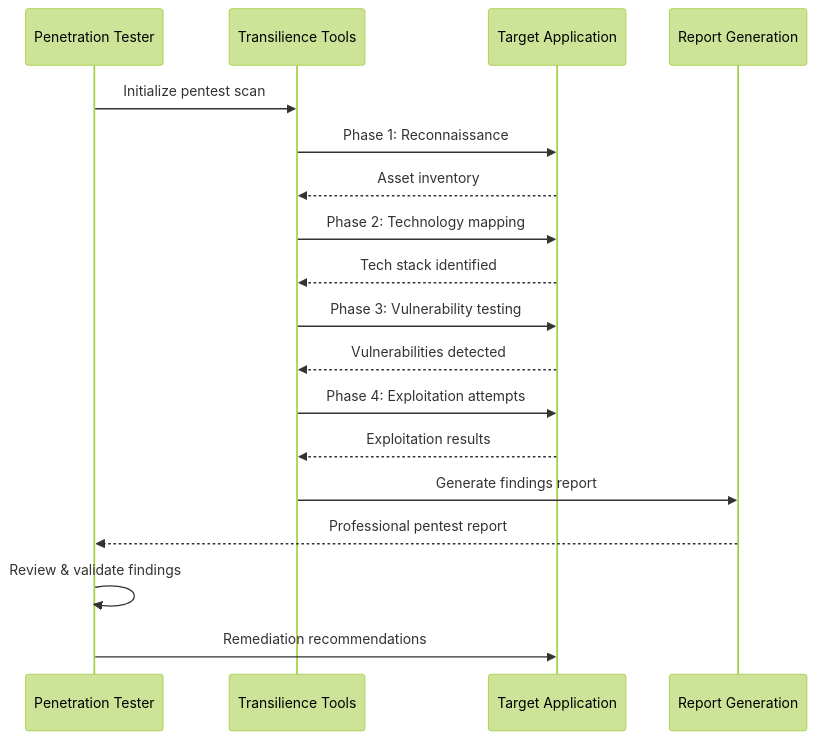
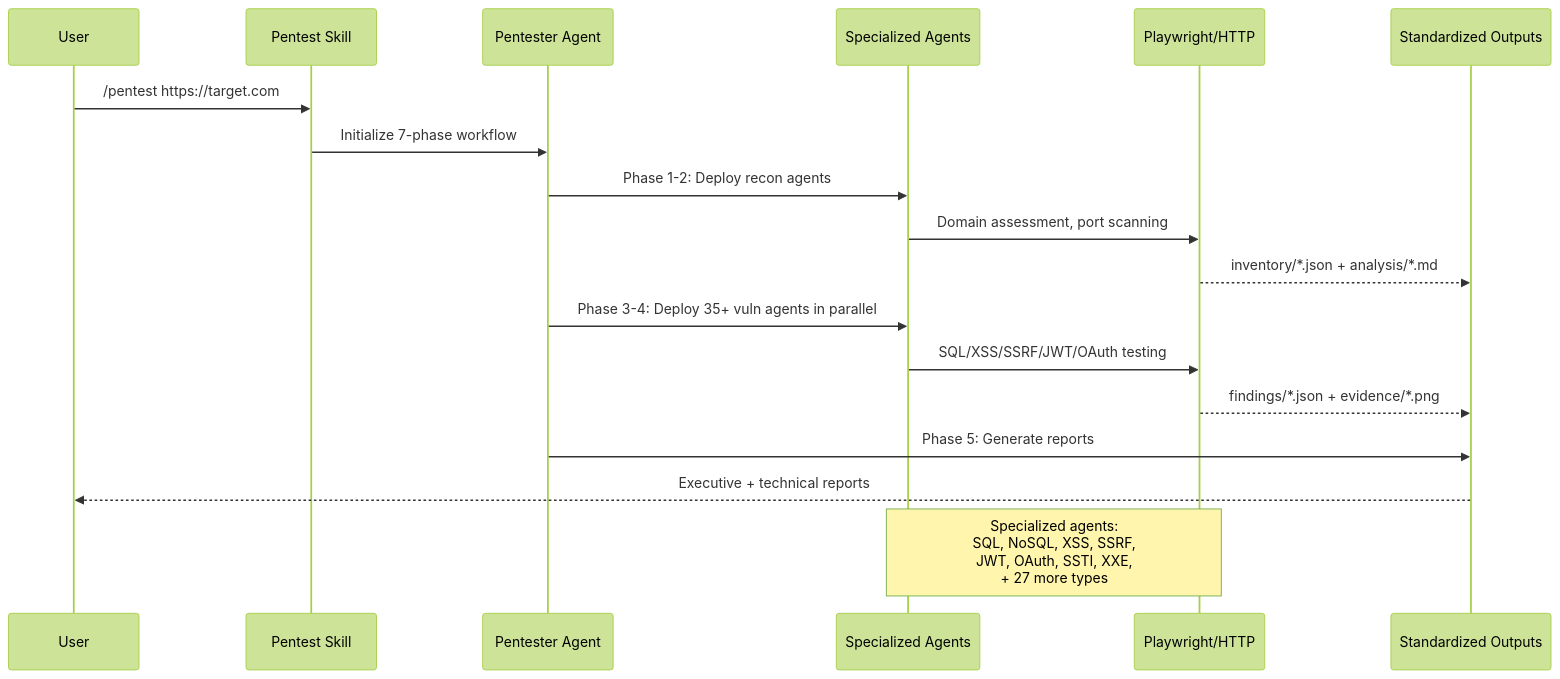
The second of 5 diagrams in README.md (l0h1nth/communitytools), drawn with Mermaid (forest theme) before and after one commit. The commit also changed other lines of this file and 7 other files, not shown here.

````diff
--- a/README.md
+++ b/README.md
@@ -140,21 +178,25 @@
 ```mermaid
 sequenceDiagram
-    participant PT as Penetration Tester
-    participant CT as Transilience Tools
-    participant Target as Target Application
-    participant Report as Report Generation
-    
-    PT->>CT: Initialize pentest scan
-    CT->>Target: Phase 1: Reconnaissance
-    Target-->>CT: Asset inventory
-    CT->>Target: Phase 2: Technology mapping
-    Target-->>CT: Tech stack identified
-    CT->>Target: Phase 3: Vulnerability testing
-    Target-->>CT: Vulnerabilities detected
-    CT->>Target: Phase 4: Exploitation attempts
-    Target-->>CT: Exploitation results
-    CT->>Report: Generate findings report
-    Report-->>PT: Professional pentest report
-    PT->>PT: Review & validate findings
-    PT->>Target: Remediation recommendations
+    participant User
+    participant Skill as Pentest Skill
+    participant Orch as Pentester Agent
+    participant Agents as Specialized Agents
+    participant Tools as Playwright/HTTP
+    participant Output as Standardized Outputs
+
+    User->>Skill: /pentest https://target.com
+    Skill->>Orch: Initialize 7-phase workflow
+
+    Orch->>Agents: Phase 1-2: Deploy recon agents
+    Agents->>Tools: Domain assessment, port scanning
+    Tools-->>Output: inventory/*.json + analysis/*.md
+
+    Orch->>Agents: Phase 3-4: Deploy 35+ vuln agents in parallel
+    Agents->>Tools: SQL/XSS/SSRF/JWT/OAuth testing
+    Tools-->>Output: findings/*.json + evidence/*.png
+
+    Orch->>Output: Phase 5: Generate reports
+    Output-->>User: Executive + technical reports
+
+    Note over Agents,Tools: Specialized agents:<br/>SQL, NoSQL, XSS, SSRF,<br/>JWT, OAuth, SSTI, XXE,<br/>+ 27 more types
 ```
````
